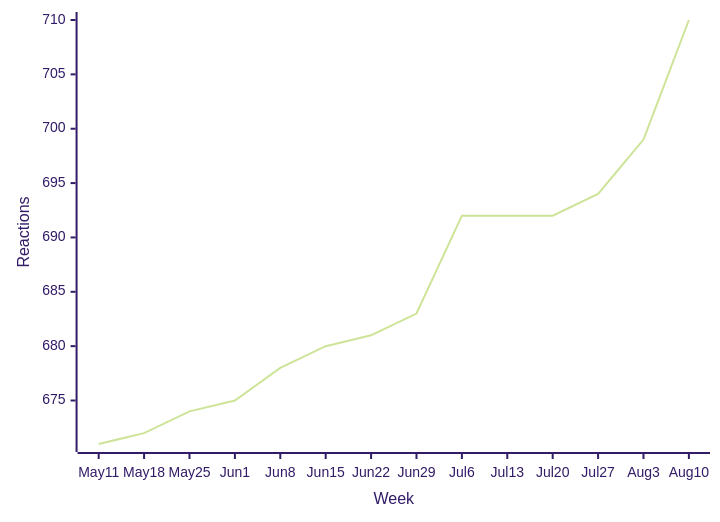
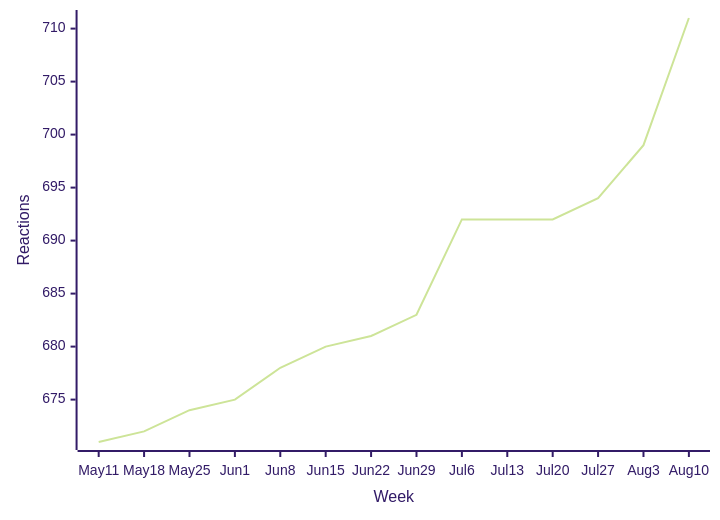
Before and after one commit to loic-sharma/github-insights: the third of 46 diagrams in README.md, drawn with Mermaid (forest theme). The commit also changed other lines of this file and 1 other file, not shown here.

````diff
--- a/README.md
+++ b/README.md
@@ -373,6 +373,6 @@
   ```mermaid
   xychart-beta
     x-axis "Week" [May 11, May 18, May 25, Jun 1, Jun 8, Jun 15, Jun 22, Jun 29, Jul 6, Jul 13, Jul 20, Jul 27, Aug 3, Aug 10]
     y-axis "Reactions"
-    line [671, 672, 674, 675, 678, 680, 681, 683, 692, 692, 692, 694, 699, 710]
+    line [671, 672, 674, 675, 678, 680, 681, 683, 692, 692, 692, 694, 699, 711]
   ```
````
